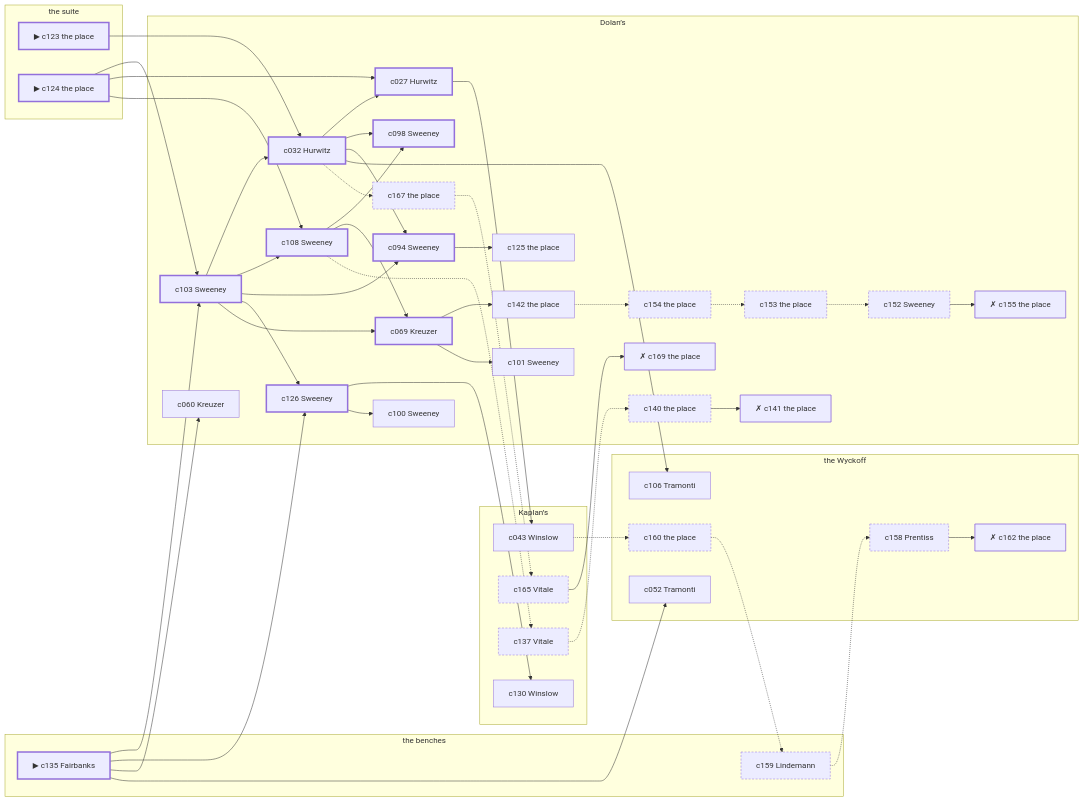
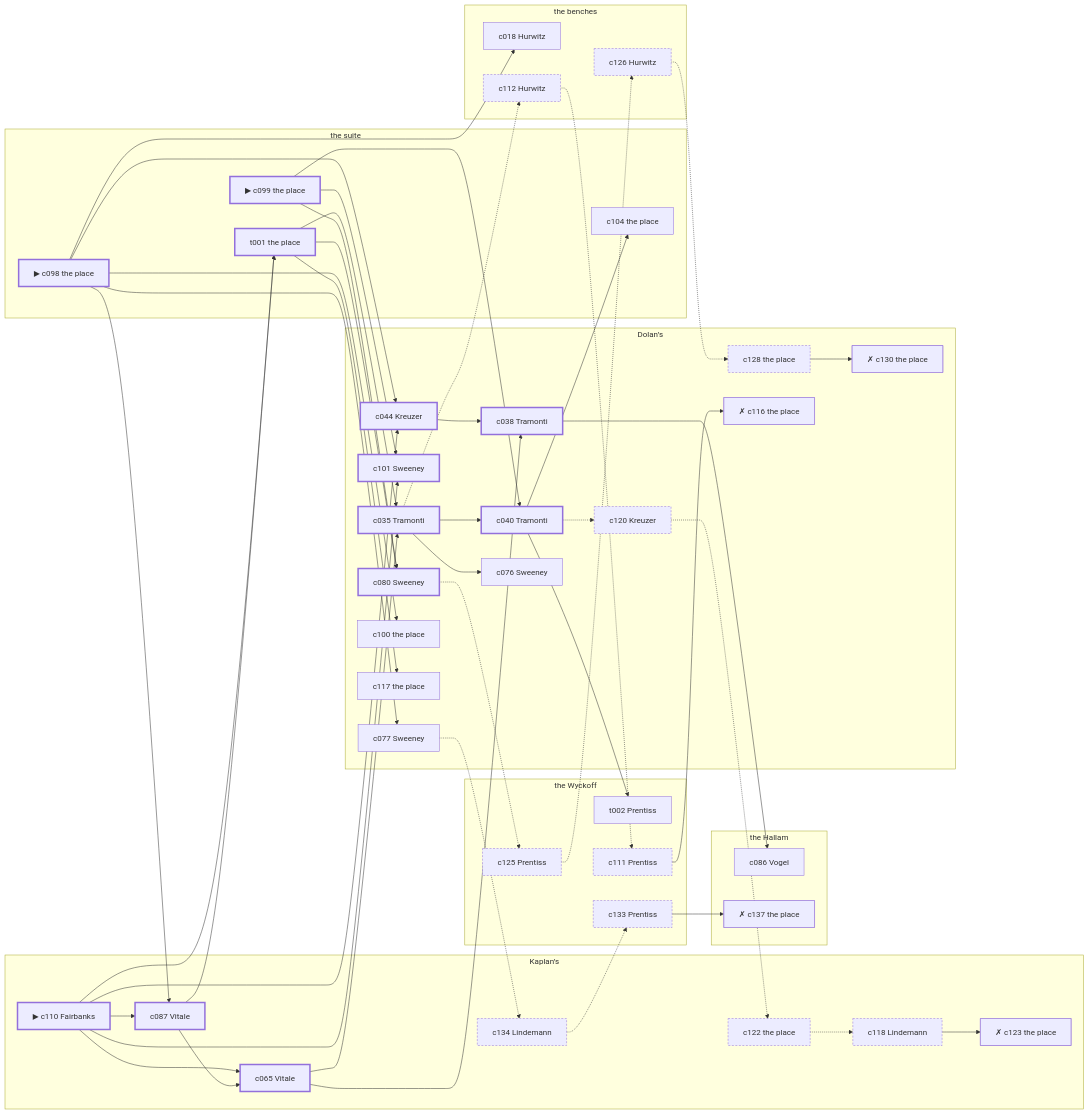
The diagram in docs/samples/case-20.md (lyamshin/dashiell), drawn with Mermaid before and after one commit. The commit also changed other lines of this file and 110 other files, not shown here.

````diff
--- a/docs/samples/case-20.md
+++ b/docs/samples/case-20.md
@@ -314,94 +703,97 @@
 ```mermaid
 graph LR
   subgraph P1["the suite"]
-    c123["▶ c123 the place"]
-    c124["▶ c124 the place"]
+    c098["▶ c098 the place"]
+    c099["▶ c099 the place"]
+    t001["t001 the place"]
+    c104["c104 the place"]
   end
   subgraph P2["the benches"]
-    c135["▶ c135 Fairbanks"]
-    c159["c159 Lindemann"]
+    c018["c018 Hurwitz"]
+    c126["c126 Hurwitz"]
+    c112["c112 Hurwitz"]
   end
-  subgraph P3["Kaplan’s"]
-    c130["c130 Winslow"]
-    c043["c043 Winslow"]
-    c137["c137 Vitale"]
-    c165["c165 Vitale"]
+  subgraph P3["the Hallam"]
+    c086["c086 Vogel"]
+    c137["✗ c137 the place"]
   end
-  subgraph P4["the Wyckoff"]
-    c106["c106 Tramonti"]
-    c052["c052 Tramonti"]
-    c160["c160 the place"]
-    c158["c158 Prentiss"]
-    c162["✗ c162 the place"]
+  subgraph P4["Kaplan’s"]
+    c110["▶ c110 Fairbanks"]
+    c087["c087 Vitale"]
+    c065["c065 Vitale"]
+    c122["c122 the place"]
+    c118["c118 Lindemann"]
+    c123["✗ c123 the place"]
+    c134["c134 Lindemann"]
   end
-  subgraph P5["Dolan’s"]
-    c103["c103 Sweeney"]
-    c032["c032 Hurwitz"]
-    c027["c027 Hurwitz"]
-    c108["c108 Sweeney"]
-    c098["c098 Sweeney"]
-    c094["c094 Sweeney"]
-    c126["c126 Sweeney"]
-    c069["c069 Kreuzer"]
-    c125["c125 the place"]
-    c060["c060 Kreuzer"]
-    c142["c142 the place"]
-    c100["c100 Sweeney"]
+  subgraph P5["the Wyckoff"]
+    t002["t002 Prentiss"]
+    c125["c125 Prentiss"]
+    c133["c133 Prentiss"]
+    c111["c111 Prentiss"]
+  end
+  subgraph P6["Dolan’s"]
+    c035["c035 Tramonti"]
+    c040["c040 Tramonti"]
     c101["c101 Sweeney"]
-    c154["c154 the place"]
-    c153["c153 the place"]
-    c152["c152 Sweeney"]
-    c155["✗ c155 the place"]
-    c140["c140 the place"]
-    c141["✗ c141 the place"]
-    c167["c167 the place"]
-    c169["✗ c169 the place"]
+    c044["c044 Kreuzer"]
+    c038["c038 Tramonti"]
+    c080["c080 Sweeney"]
+    c100["c100 the place"]
+    c076["c076 Sweeney"]
+    c117["c117 the place"]
+    c077["c077 Sweeney"]
+    c120["c120 Kreuzer"]
+    c128["c128 the place"]
+    c130["✗ c130 the place"]
+    c116["✗ c116 the place"]
   end
-  c123 --> c032
-  c124 --> c103
-  c124 --> c027
-  c124 --> c108
-  c135 --> c103
-  c135 --> c126
-  c135 --> c060
-  c135 --> c052
-  c103 --> c032
-  c103 --> c108
-  c103 --> c094
-  c103 --> c126
-  c103 --> c069
-  c032 --> c027
-  c032 --> c098
-  c032 --> c094
-  c032 --> c106
-  c032 -.-> c167
-  c027 --> c043
-  c108 --> c098
-  c108 --> c069
-  c108 -.-> c137
-  c094 --> c125
-  c126 --> c130
-  c126 --> c100
-  c069 --> c142
-  c069 --> c101
-  c043 -.-> c160
-  c142 -.-> c154
-  c154 -.-> c153
-  c153 -.-> c152
-  c152 --> c155
-  c160 -.-> c159
-  c159 -.-> c158
-  c158 --> c162
-  c137 -.-> c140
-  c140 --> c141
-  c167 -.-> c165
-  c165 --> c169
+  c098 --> c087
+  c098 --> c044
+  c098 --> c018
+  c098 --> c100
+  c098 --> c077
+  c099 --> c040
+  c099 --> c101
+  c099 --> c080
+  c110 --> c087
+  c110 --> c065
+  c110 --> t001
+  c110 --> c101
+  c110 --> c044
+  c087 --> c065
+  c087 --> t001
+  c065 --> c035
+  c065 --> c038
+  t001 --> c035
+  t001 --> c080
+  t001 --> c117
+  c035 --> c040
+  c035 --> c076
+  c035 -.-> c112
+  c040 --> t002
+  c040 --> c104
+  c040 -.-> c120
+  c044 --> c038
+  c038 --> c086
+  c080 -.-> c125
+  c077 -.-> c134
+  c120 -.-> c122
+  c122 -.-> c118
+  c118 --> c123
+  c125 -.-> c126
+  c126 -.-> c128
+  c128 --> c130
+  c134 -.-> c133
+  c133 --> c137
+  c112 -.-> c111
+  c111 --> c116
   classDef spine stroke-width:3px;
   classDef corrob stroke-width:1px;
   classDef noise stroke-dasharray: 4 3;
   classDef disq stroke-width:2px,stroke-dasharray: 1 0;
-  class c123,c124,c135,c103,c032,c027,c108,c098,c094,c126,c069 spine;
-  class c130,c106,c125,c060,c043,c142,c052,c100,c101 corrob;
-  class c154,c153,c152,c160,c159,c158,c137,c140,c167,c165 noise;
-  class c155,c162,c141,c169 disq;
+  class c098,c099,c110,c087,c065,t001,c035,c040,c101,c044,c038,c080 spine;
+  class c086,c018,t002,c104,c100,c076,c117,c077 corrob;
+  class c120,c122,c118,c125,c126,c128,c134,c133,c112,c111 noise;
+  class c123,c130,c137,c116 disq;
 ```
````
